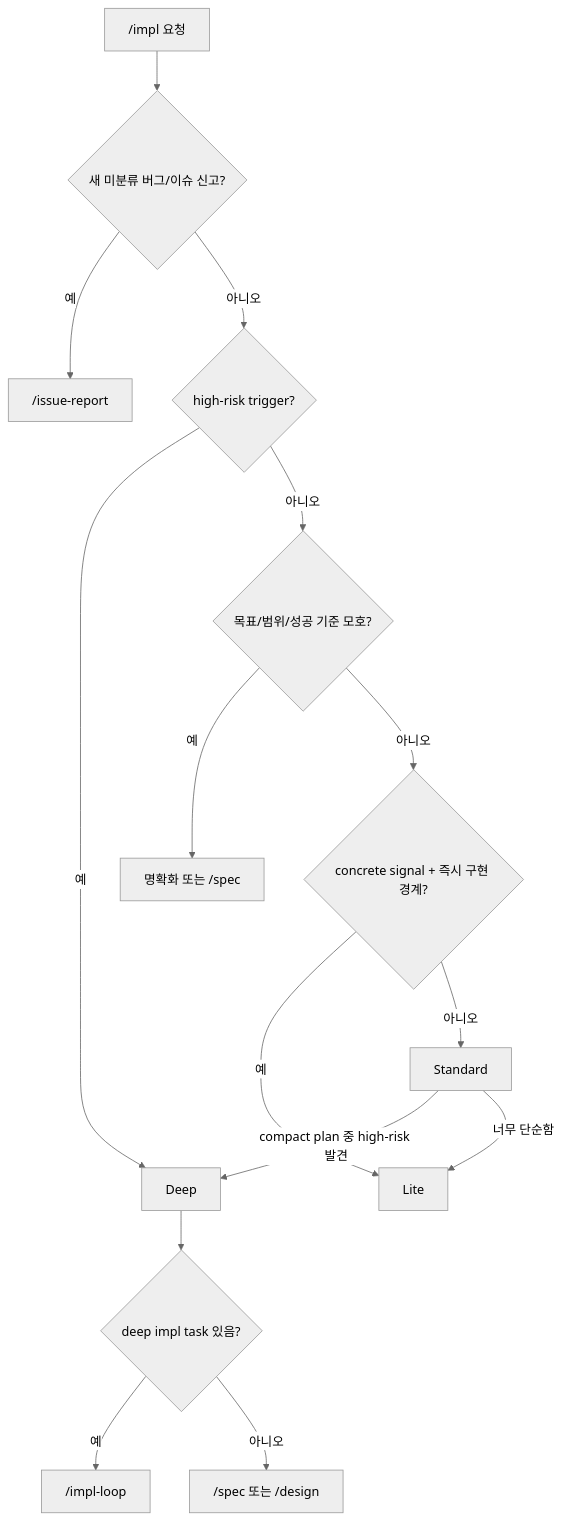
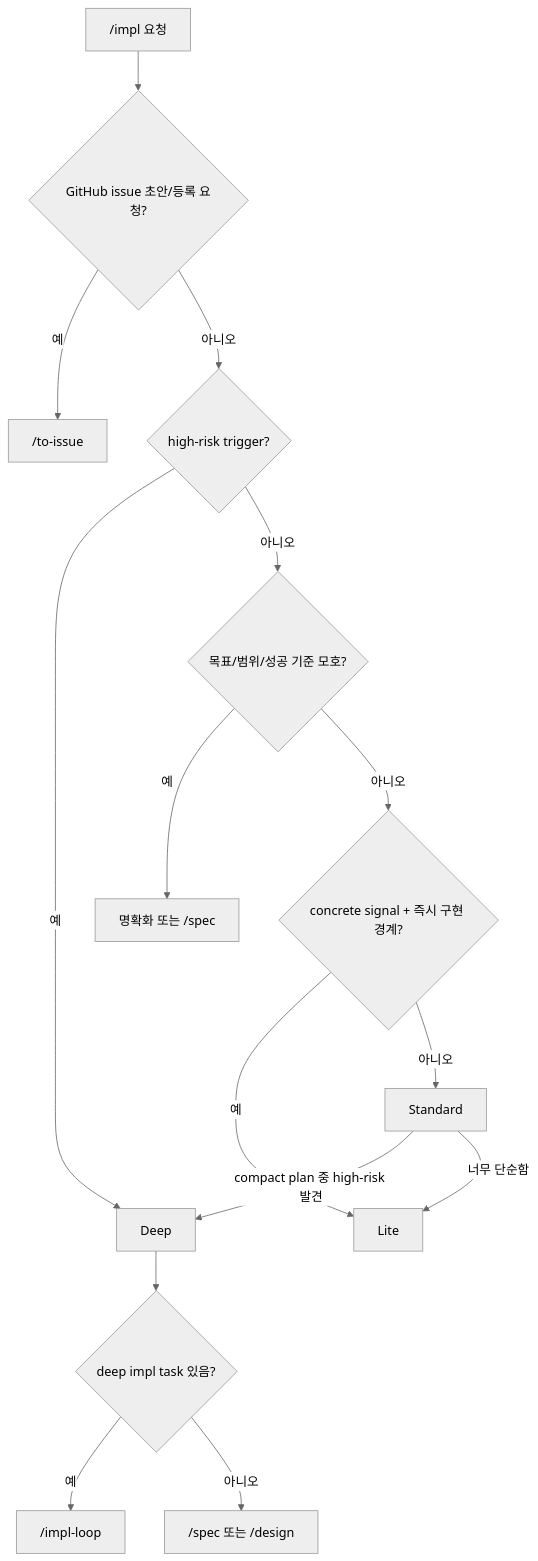
Before and after one commit to alruminum/dcNess: the diagram in skills/impl/impl-routing.md, drawn with Mermaid (neutral theme). The commit also changed 45 other files, not shown here.

````diff
--- a/skills/impl/impl-routing.md
+++ b/skills/impl/impl-routing.md
@@ -12,17 +12,17 @@
 ```mermaid
 flowchart TB
-  REQ["/impl 요청"] --> BUG{"새 미분류 버그/이슈 신고?"}
-  BUG -->|예| IR["/issue-report"]
-  BUG -->|아니오| HR{"high-risk trigger?"}
+  REQ["/impl 요청"] --> MAKE{"GitHub issue 초안/등록 요청?"}
+  MAKE -->|예| TI["/to-issue"]
+  MAKE -->|아니오| HR{"high-risk trigger?"}
   HR -->|예| DP["Deep"]
   HR -->|아니오| AM{"목표/범위/성공 기준 모호?"}
   AM -->|예| CL["명확화 또는 /spec"]
   AM -->|아니오| CS{"concrete signal + 즉시 구현 경계?"}
   CS -->|예| LT["Lite"]
   CS -->|아니오| ST["Standard"]
   ST -->|compact plan 중 high-risk 발견| DP
   ST -->|너무 단순함| LT
   DP --> DPT{"deep impl task 있음?"}
   DPT -->|예| IL["/impl-loop <task>"]
   DPT -->|아니오| PLAN["/spec 또는 /design"]
 ```
````
